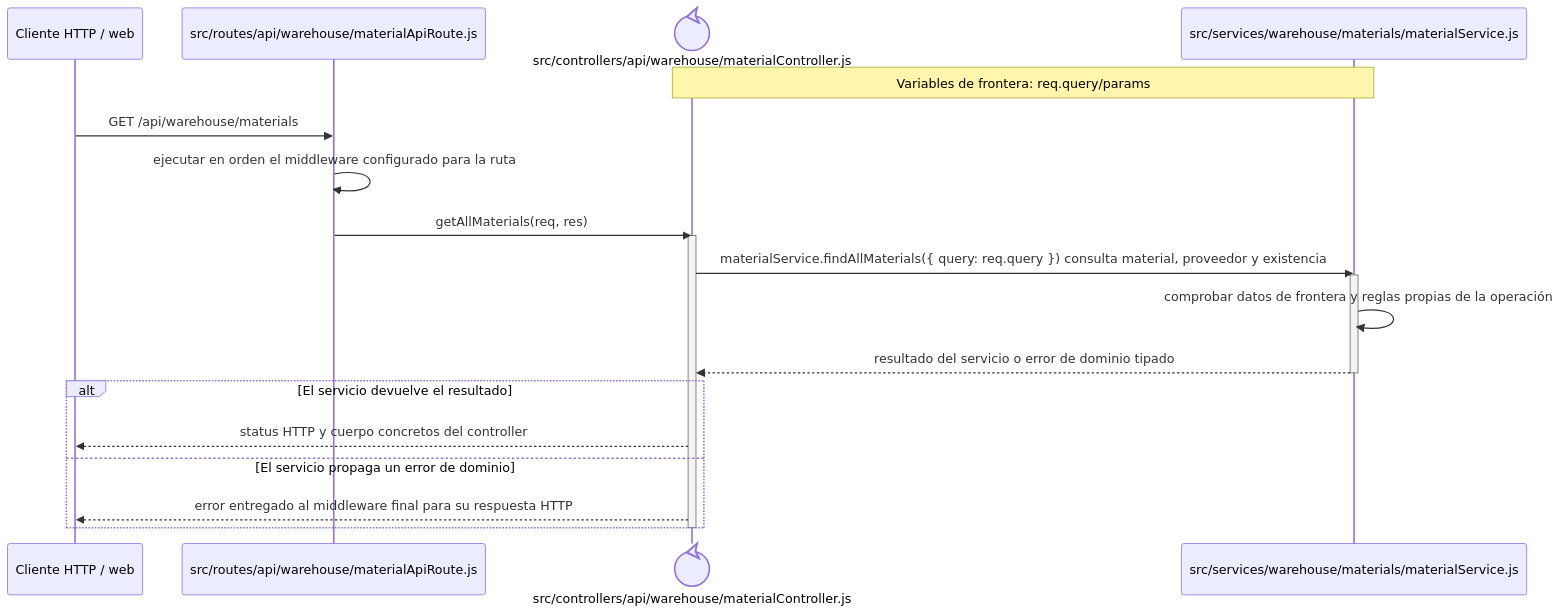
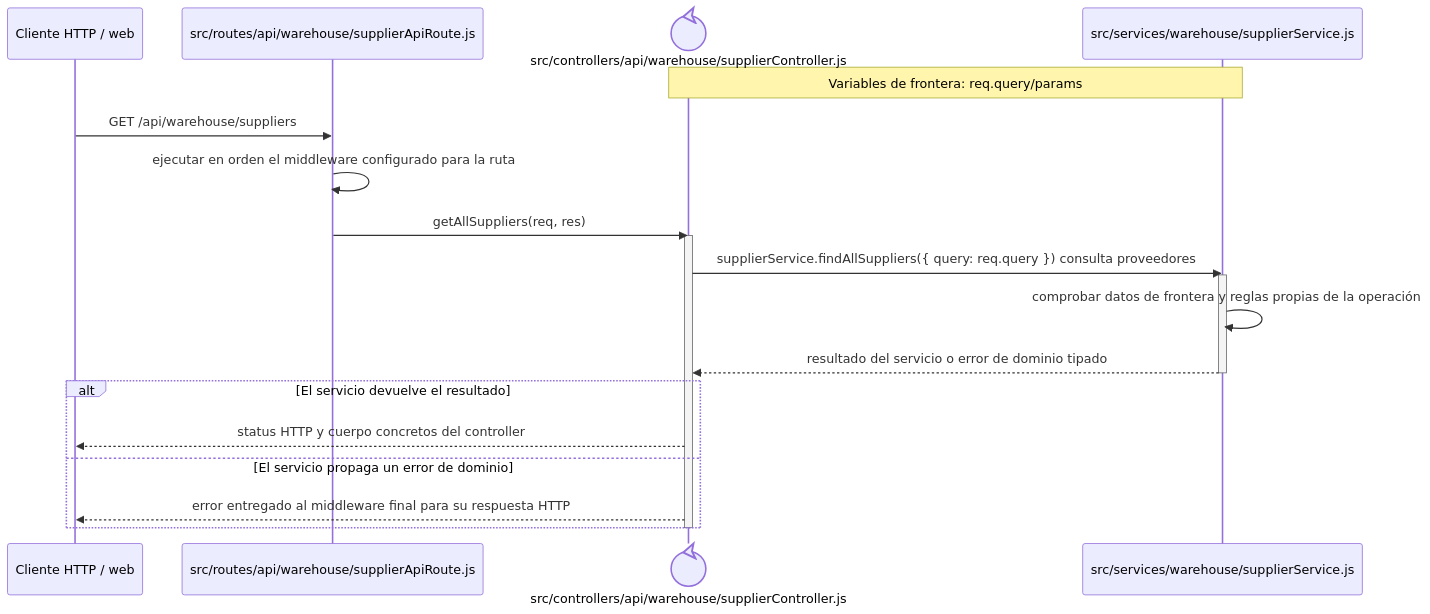
Before and after one commit to gpgsistemas01/nexus: the diagram in docs/architecture/backend-code-sequences/catalogs/cu-cat-01.md, drawn with Mermaid. The commit also changed other lines of this file and 287 other files, not shown here.

````diff
--- a/docs/architecture/backend-code-sequences/catalogs/cu-cat-01.md
+++ b/docs/architecture/backend-code-sequences/catalogs/cu-cat-01.md
@@ -6,24 +6,24 @@
 ```mermaid
 sequenceDiagram
     participant Client as Cliente HTTP / web
-    participant Route as src/routes/api/warehouse/materialApiRoute.js
-    participant Controller@{ "type": "control" } as src/controllers/api/warehouse/materialController.js
-    participant Domain as src/services/warehouse/materials/materialService.js
+    participant Route as src/routes/api/warehouse/supplierApiRoute.js
+    participant Controller@{ "type": "control" } as src/controllers/api/warehouse/supplierController.js
+    participant Domain as src/services/warehouse/supplierService.js
     Note over Controller,Domain: Variables de frontera: req.query/params
 
-    Client->>Route: GET /api/warehouse/materials
+    Client->>Route: GET /api/warehouse/suppliers
     Route->>Route: ejecutar en orden el middleware configurado para la ruta
-    Route->>Controller: getAllMaterials(req, res)
+    Route->>Controller: getAllSuppliers(req, res)
     activate Controller
-    Controller->>Domain: materialService.findAllMaterials({ query: req.query }) consulta material, proveedor y existencia
+    Controller->>Domain: supplierService.findAllSuppliers({ query: req.query }) consulta proveedores
     activate Domain
     Domain->>Domain: comprobar datos de frontera y reglas propias de la operación
     Domain-->>Controller: resultado del servicio o error de dominio tipado
     deactivate Domain
     alt El servicio devuelve el resultado
         Controller-->>Client: status HTTP y cuerpo concretos del controller
     else El servicio propaga un error de dominio
         Controller-->>Client: error entregado al middleware final para su respuesta HTTP
     end
     deactivate Controller
 ```
````
